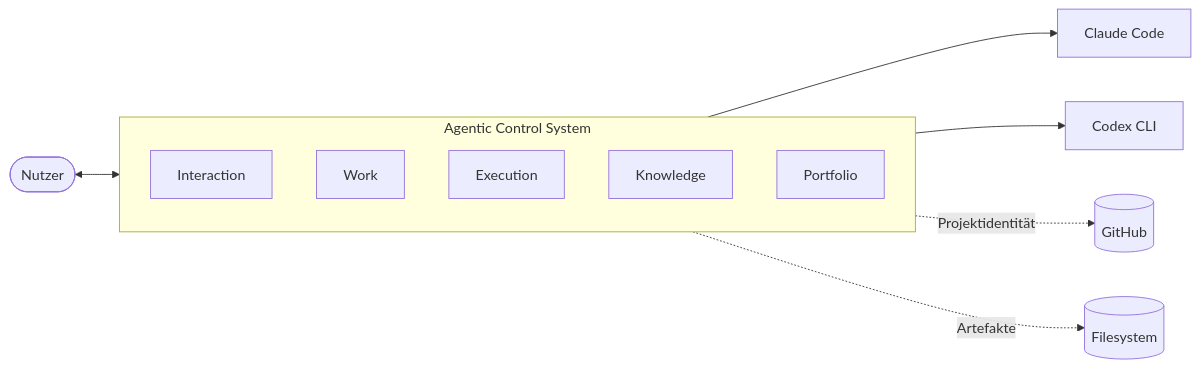
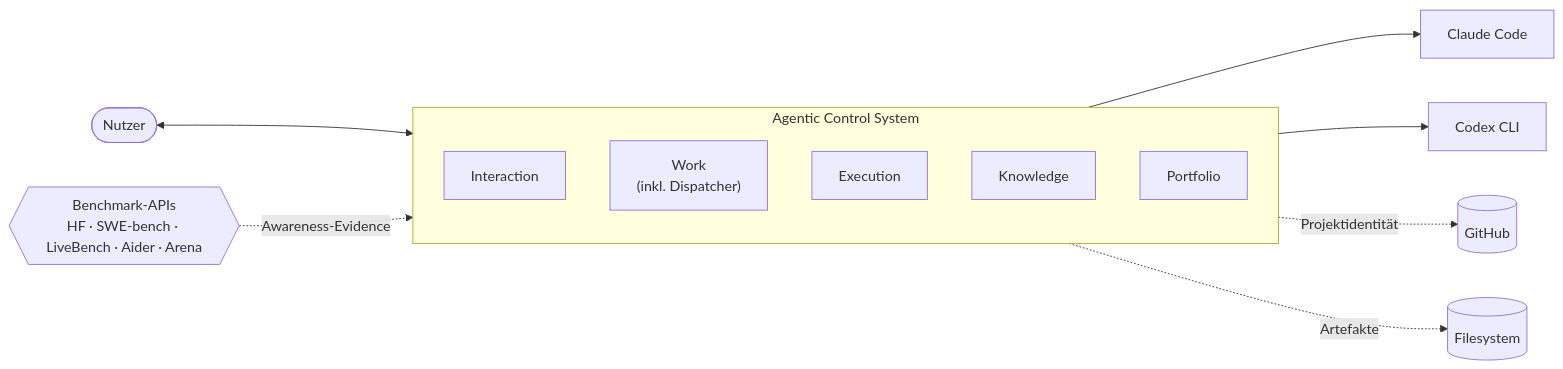
The first of 2 diagrams in docs/spec/SPECIFICATION.md (Nosmoht/agentic-control), drawn with Mermaid before and after one commit. The commit also changed other lines of this file and 20 other files, not shown here.

````diff
--- a/docs/spec/SPECIFICATION.md
+++ b/docs/spec/SPECIFICATION.md
@@ -63,21 +68,24 @@
 ```mermaid
 flowchart LR
   User([Nutzer])
   subgraph System["Agentic Control System"]
     direction TB
     IA[Interaction]
-    WK[Work]
+    WK["Work<br/>(inkl. Dispatcher)"]
     EX[Execution]
     KN[Knowledge]
     PF[Portfolio]
   end
   CC[Claude Code]
   CX[Codex CLI]
   GH[(GitHub)]
   FS[(Filesystem)]
+  BENCH{{"Benchmark-APIs<br/>HF · SWE-bench · LiveBench · Aider · Arena"}}
 
   User <--> IA
-  EX --> CC & CX
+  EX --> CC
+  EX --> CX
   PF -.Projektidentität.-> GH
   KN -.Artefakte.-> FS
+  BENCH -.Awareness-Evidence.-> KN
 ```
````
